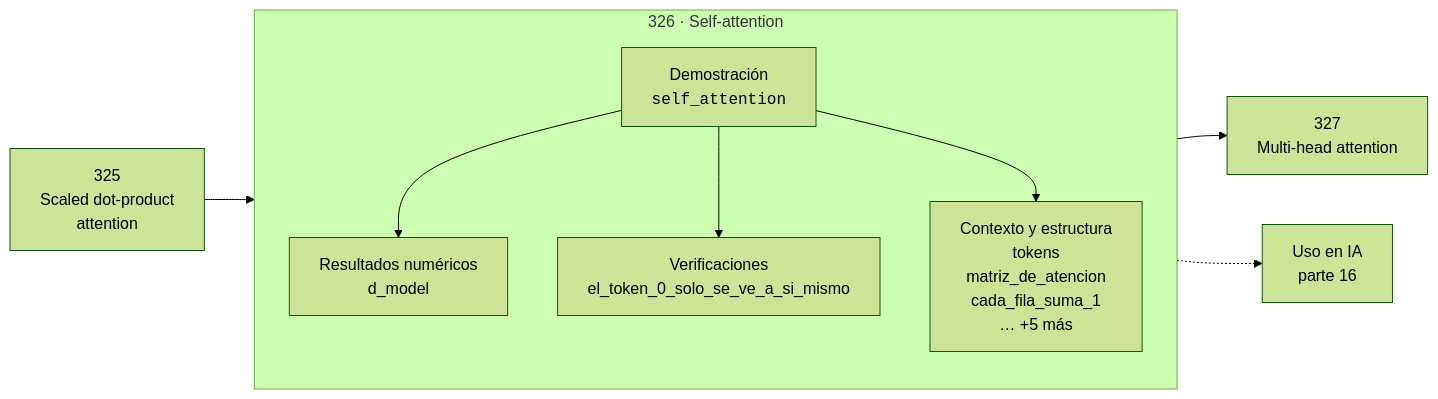
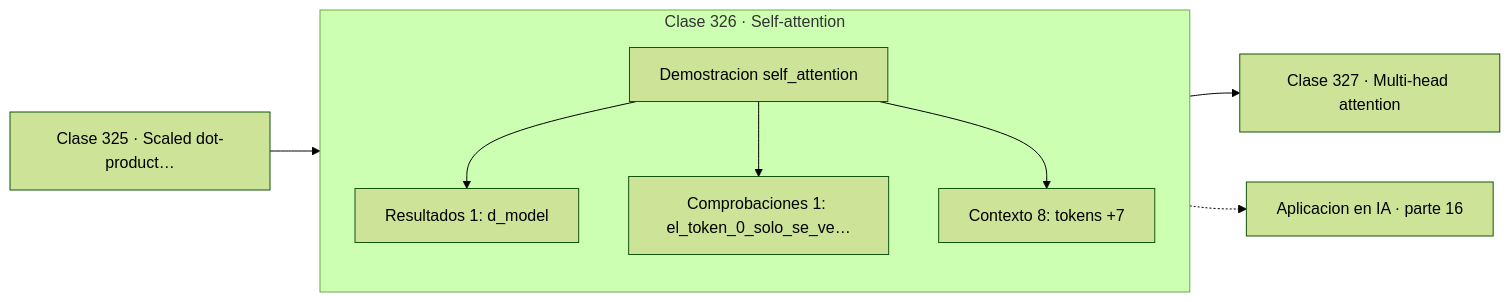
The diagram in classes/part-16-matematica-de-transformers-modelos-generativos-grafos-y-rl/326-self-attention/README.md (vladimiracunadev-create/computational-mathematics-program), drawn with Mermaid (forest theme) before and after one commit. The commit also changed 389 other files, not shown here.

First line of the commit message:
fix(diagramas): elimina el HTML de las etiquetas Mermaid

````diff
--- a/classes/part-16-matematica-de-transformers-modelos-generativos-grafos-y-rl/326-self-attention/README.md
+++ b/classes/part-16-matematica-de-transformers-modelos-generativos-grafos-y-rl/326-self-attention/README.md
@@ -30,12 +30,13 @@
 ```mermaid
 flowchart LR
-    P["325<br/>Scaled dot-product<br/>attention"] --> C
-    subgraph C["326 · Self-attention"]
+    P["Clase 325 · Scaled dot-product…"] --> D
+    subgraph CLASE["Clase 326 · Self-attention"]
         direction TB
-        D["Demostración<br/><code>self_attention</code>"] --> R["Resultados numéricos<br/>d_model"]
-        D --> V["Verificaciones<br/>el_token_0_solo_se_ve_a_si_mismo"]
-        D --> O["Contexto y estructura<br/>tokens<br/>matriz_de_atencion<br/>cada_fila_suma_1<br/>… +5 más"]
+        D["Demostracion self_attention"]
+        D --> R["Resultados 1: d_model"]
+        D --> V["Comprobaciones 1: el_token_0_solo_se_ve…"]
+        D --> O["Contexto 8: tokens +7"]
     end
-    C --> N["327<br/>Multi-head attention"]
-    C -.-> IA["Uso en IA<br/>parte 16"]
+    R --> N["Clase 327 · Multi-head attention"]
+    V -.-> IA["Aplicacion en IA · parte 16"]
 ```
````
